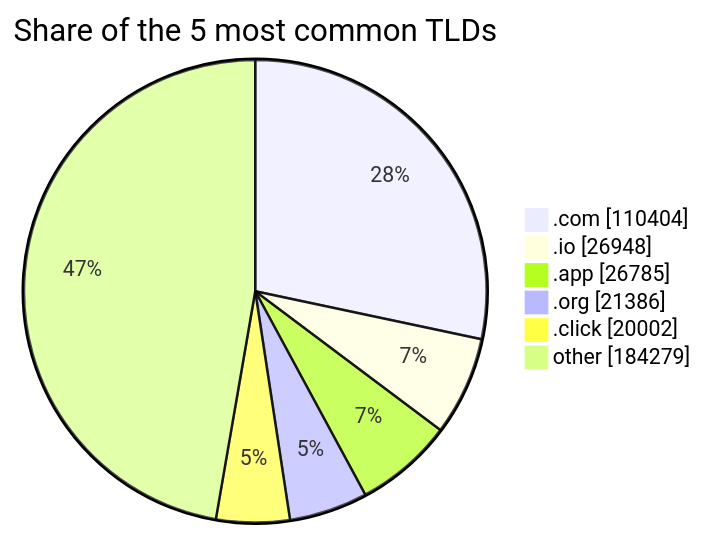
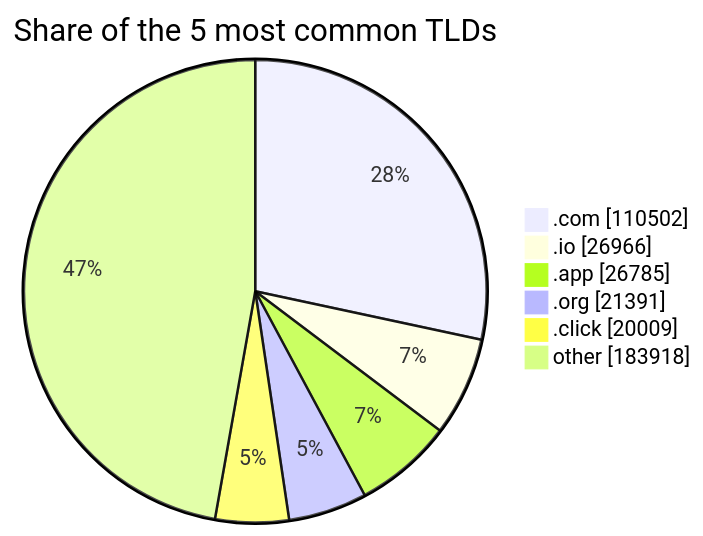
Before and after one commit to DNSBunker/CTI: the third of 3 diagrams in README.md, drawn with Mermaid. The commit also changed other lines of this file and 3 other files, not shown here.

````diff
--- a/README.md
+++ b/README.md
@@ -81,9 +81,9 @@
 ```mermaid
 pie showData title Share of the 5 most common TLDs
-    ".com" : 110404
-    ".io" : 26948
+    ".com" : 110502
+    ".io" : 26966
     ".app" : 26785
-    ".org" : 21386
-    ".click" : 20002
-    "other" : 184279
+    ".org" : 21391
+    ".click" : 20009
+    "other" : 183918
 ```
````
